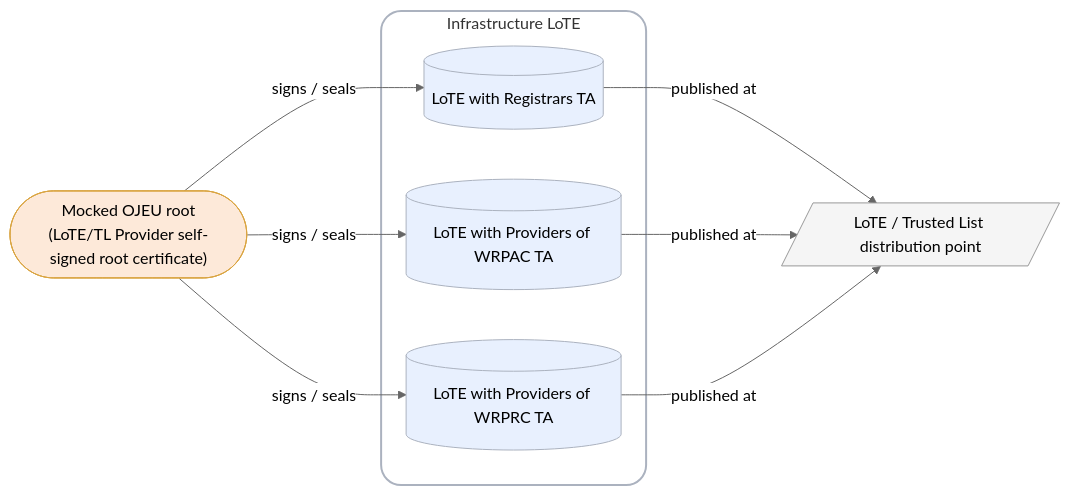
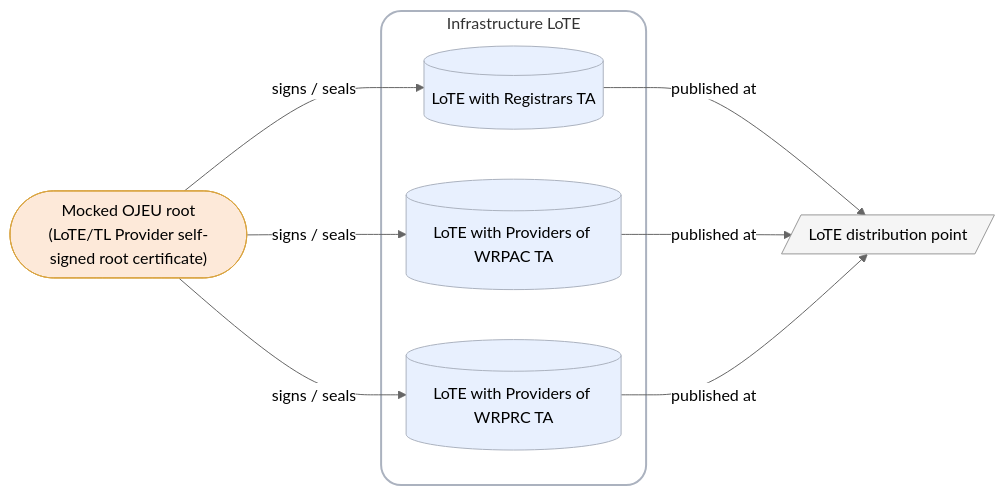
One commit to APTITUDE-Consortium/wp2-trust-specifications changed the second of 5 diagrams in docs/topics/onboarding-process.md. Above: the diagram before and after it, drawn with Mermaid (neutral theme). The commit also changed other lines of this file and 20 other files, not shown here.

````diff
--- a/docs/topics/onboarding-process.md
+++ b/docs/topics/onboarding-process.md
@@ -66,29 +66,29 @@
 ```mermaid
 graph LR
 
     OJEU(["Mocked OJEU root<br/>(LoTE/TL Provider self-signed root certificate)"])
 
     subgraph LoTE["Infrastructure LoTE"]
         L1[("LoTE with Registrars TA")]
         L2[("LoTE with Providers of WRPAC TA")]
         L3[("LoTE with Providers of WRPRC TA")]
     end
 
-    DP[/"LoTE / Trusted List distribution point"/]
+    DP[/"LoTE distribution point"/]
 
     OJEU -->|"signs / seals"| L1
     OJEU -->|"signs / seals"| L2
     OJEU -->|"signs / seals"| L3
     L1 -->|"published at"| DP
     L2 -->|"published at"| DP
     L3 -->|"published at"| DP
 
     %% Style
     style LoTE fill:#ffff,stroke:#abb2bf,stroke-width:2px,rx:20,ry:20
     classDef list fill:#e8f0fe,stroke:#abb2bf
     classDef dp fill:#f5f5f5,stroke:#999
     classDef root fill:#fde9d9,stroke:#d9a441
     class L1,L2,L3 list;
     class OJEU root;
     class DP dp;
 ```
````
